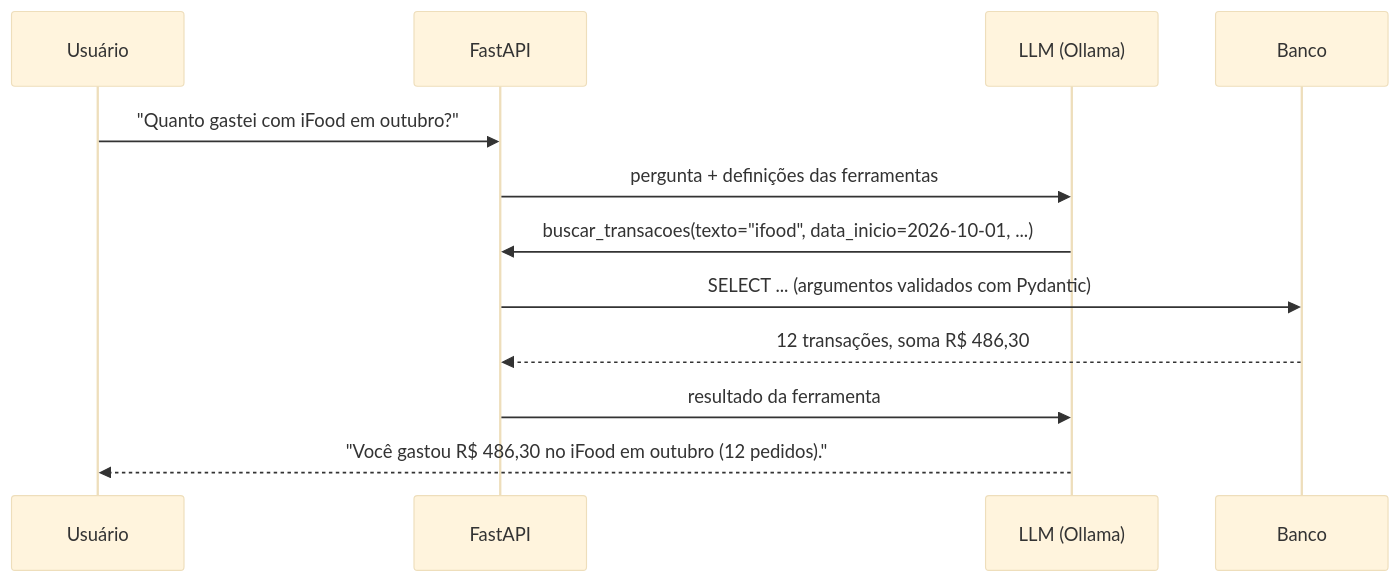
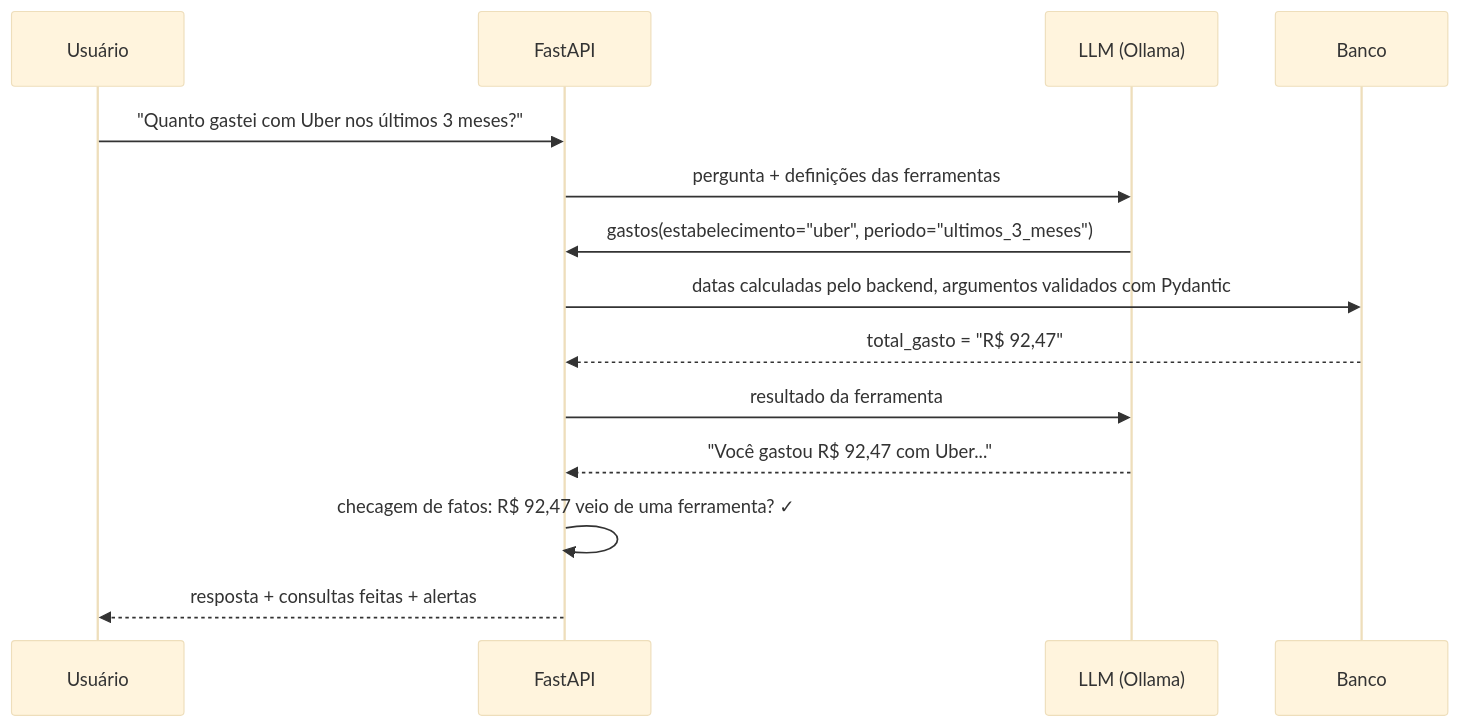
One commit to isabellymaciel0809/financas changed the second of 2 diagrams in README.md. Above: the diagram before and after it, drawn with Mermaid (base theme). The commit also changed other lines of this file and 4 other files, not shown here.

First line of the commit message:
Redesenha as ferramentas do assistente e adiciona checagem de fatos

````diff
--- a/README.md
+++ b/README.md
@@ -63,14 +64,16 @@
 ```mermaid
 sequenceDiagram
     participant U as Usuário
     participant API as FastAPI
     participant LLM as LLM (Ollama)
     participant DB as Banco
-    U->>API: "Quanto gastei com iFood em outubro?"
+    U->>API: "Quanto gastei com Uber nos últimos 3 meses?"
     API->>LLM: pergunta + definições das ferramentas
-    LLM->>API: buscar_transacoes(texto="ifood", data_inicio=2026-10-01, ...)
-    API->>DB: SELECT ... (argumentos validados com Pydantic)
-    DB-->>API: 12 transações, soma R$ 486,30
+    LLM->>API: gastos(estabelecimento="uber", periodo="ultimos_3_meses")
+    API->>DB: datas calculadas pelo backend, argumentos validados com Pydantic
+    DB-->>API: total_gasto = "R$ 92,47"
     API->>LLM: resultado da ferramenta
-    LLM-->>U: "Você gastou R$ 486,30 no iFood em outubro (12 pedidos)."
+    LLM-->>API: "Você gastou R$ 92,47 com Uber..."
+    API->>API: checagem de fatos: R$ 92,47 veio de uma ferramenta? ✓
+    API-->>U: resposta + consultas feitas + alertas
 ```
````
